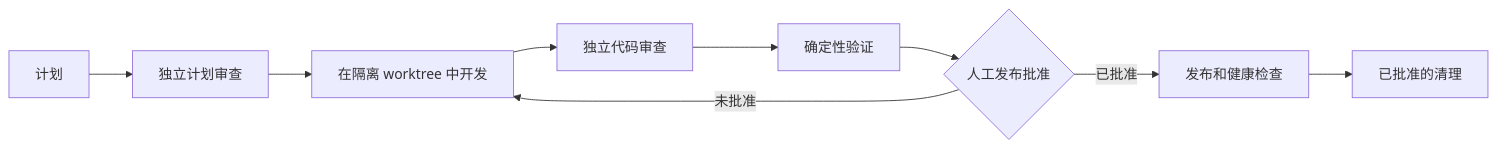
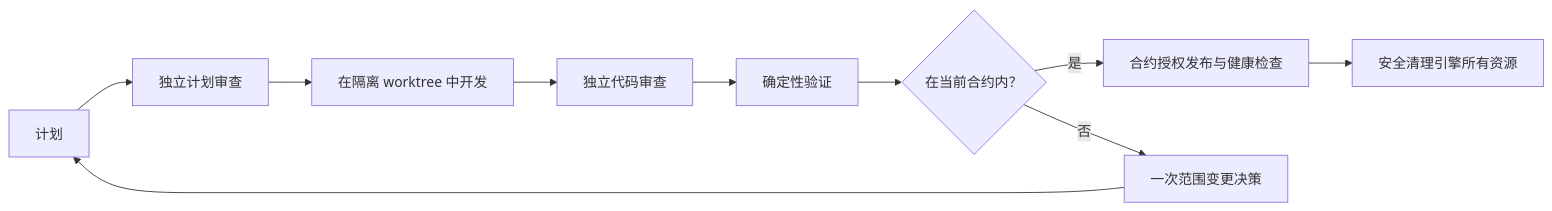
One commit to Aidenwu0209/agent-ship-flow changed the diagram in README.zh-CN.md. Above: the diagram before and after it, drawn with Mermaid. The commit also changed other lines of this file and 14 other files, not shown here.

````diff
--- a/README.zh-CN.md
+++ b/README.zh-CN.md
@@ -31,11 +30,12 @@
 ```mermaid
 flowchart LR
   P[计划] --> PC[独立计划审查]
   PC --> D[在隔离 worktree 中开发]
   D --> CR[独立代码审查]
   CR --> V[确定性验证]
-  V --> H{人工发布批准}
-  H -->|已批准| R[发布和健康检查]
-  H -->|未批准| D
-  R --> C[已批准的清理]
+  V --> S{在当前合约内？}
+  S -->|是| R[合约授权发布与健康检查]
+  R --> C[安全清理引擎所有资源]
+  S -->|否| H[一次范围变更决策]
+  H --> P
 ```
````
